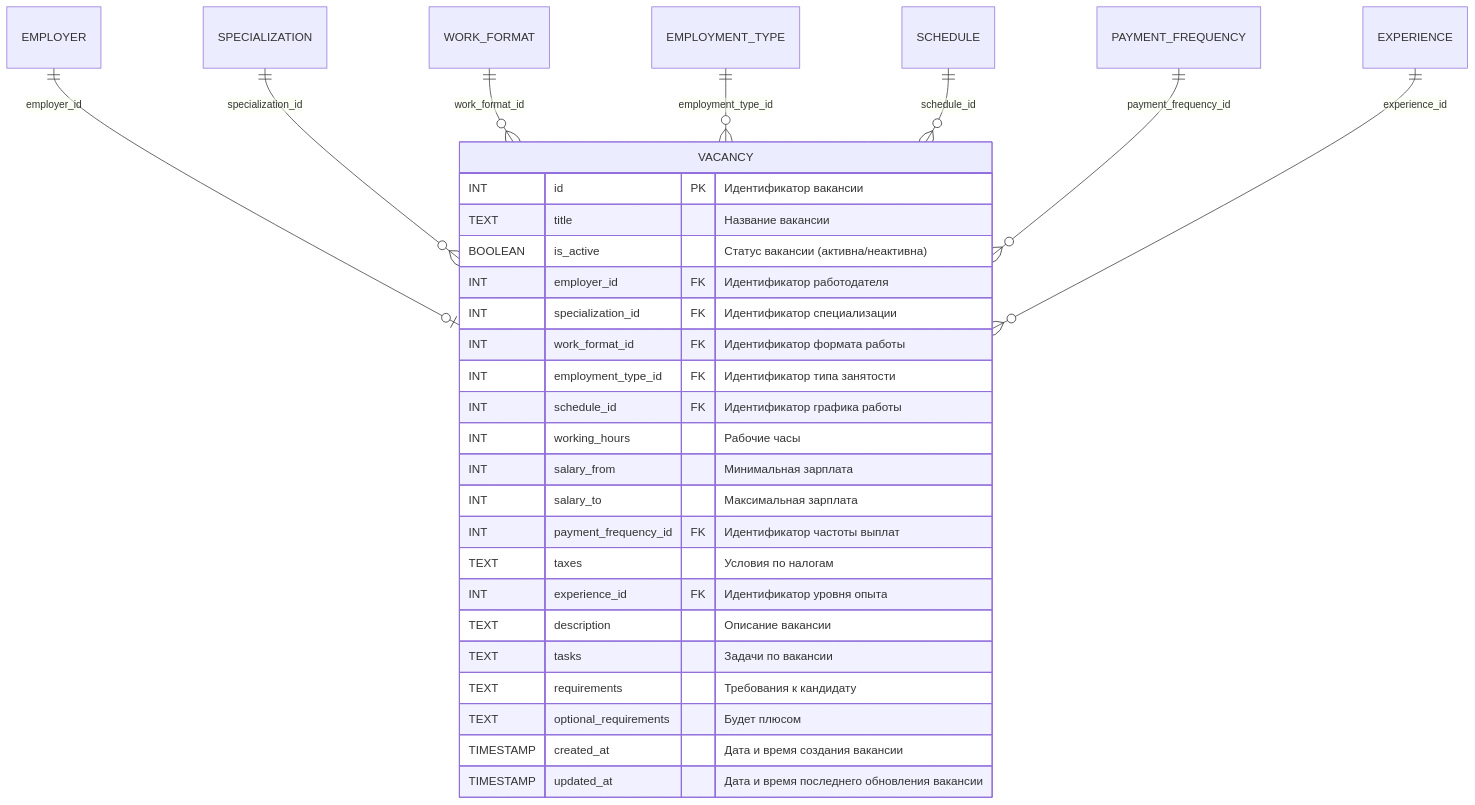
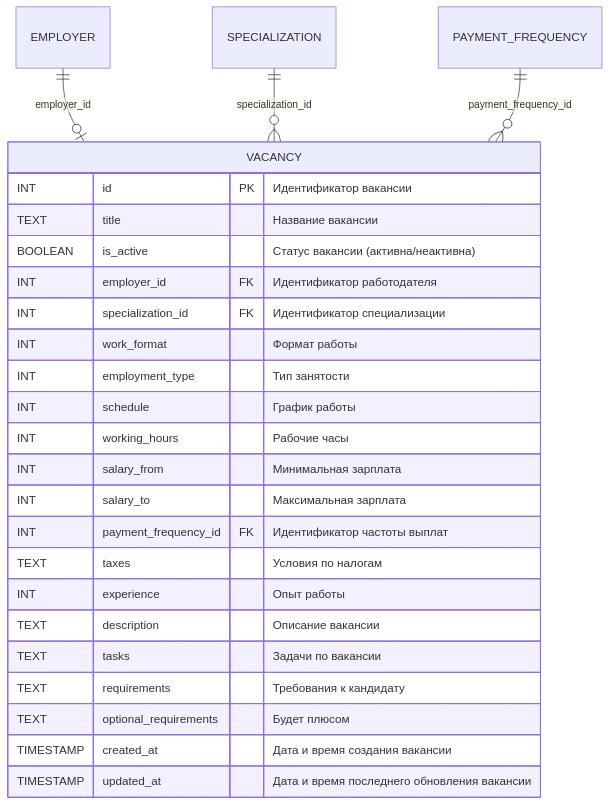
The seventh of 19 diagrams in db/normalized/relations.md (go-park-mail-ru/2025_1_Orange), drawn with Mermaid before and after one commit. The commit also changed other lines of this file and 1 other file, not shown here.

````diff
--- a/db/normalized/relations.md
+++ b/db/normalized/relations.md
@@ -291,32 +257,28 @@
 ```mermaid
 erDiagram
     VACANCY {
         INT id PK "Идентификатор вакансии"
         TEXT title "Название вакансии"
         BOOLEAN is_active "Статус вакансии (активна/неактивна)"
         INT employer_id FK "Идентификатор работодателя"
         INT specialization_id FK "Идентификатор специализации"
-        INT work_format_id FK "Идентификатор формата работы"
-        INT employment_type_id FK "Идентификатор типа занятости"
-        INT schedule_id FK "Идентификатор графика работы"
+        INT work_format "Формат работы"
+        INT employment_type "Тип занятости"
+        INT schedule "График работы"
         INT working_hours "Рабочие часы"
         INT salary_from "Минимальная зарплата"
         INT salary_to "Максимальная зарплата"
         INT payment_frequency_id FK "Идентификатор частоты выплат"
         TEXT taxes "Условия по налогам"
-        INT experience_id FK "Идентификатор уровня опыта"
+        INT experience "Опыт работы"
         TEXT description "Описание вакансии"
         TEXT tasks "Задачи по вакансии"
         TEXT requirements "Требования к кандидату"
         TEXT optional_requirements "Будет плюсом"
         TIMESTAMP created_at "Дата и время создания вакансии"
         TIMESTAMP updated_at "Дата и время последнего обновления вакансии"
     }
     EMPLOYER ||--o| VACANCY : "employer_id"
     SPECIALIZATION ||--o{ VACANCY : "specialization_id"
-    WORK_FORMAT ||--o{ VACANCY : "work_format_id"
-    EMPLOYMENT_TYPE ||--o{ VACANCY : "employment_type_id"
-    SCHEDULE ||--o{ VACANCY : "schedule_id"
     PAYMENT_FREQUENCY ||--o{ VACANCY : "payment_frequency_id"
-    EXPERIENCE ||--o{ VACANCY : "experience_id"
 ```
````
